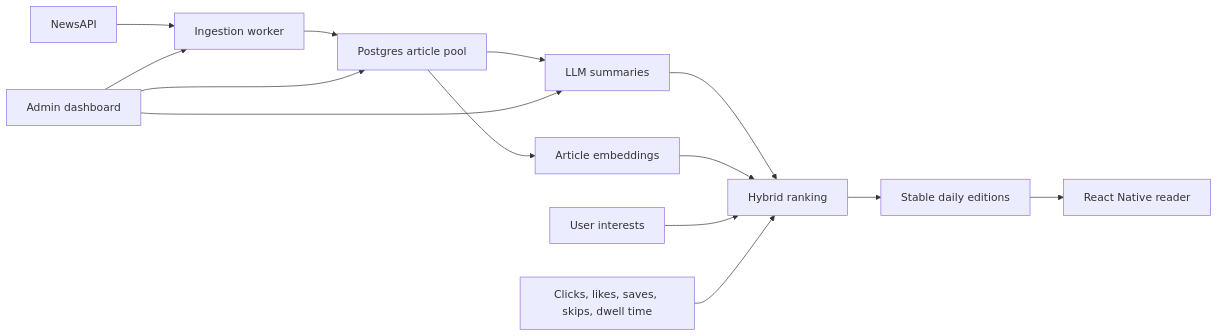
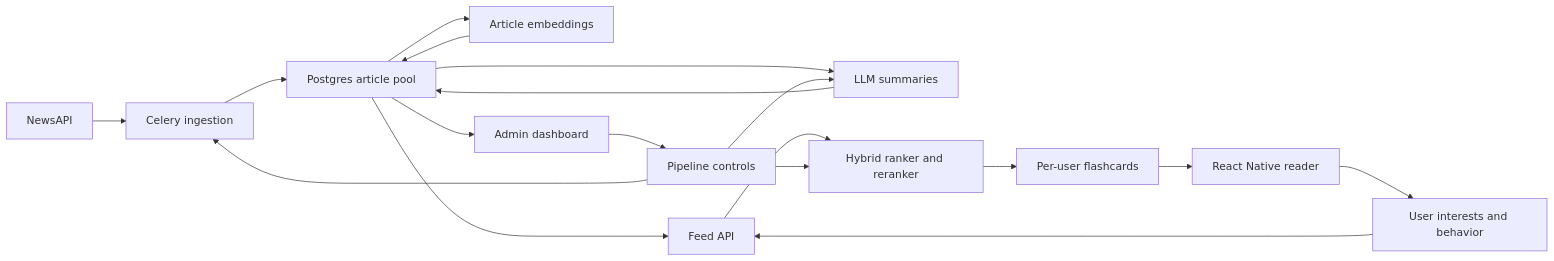
The diagram in README.md (ananyasrivastav12/news), drawn with Mermaid before and after one commit. The commit also changed other lines of this file and 3 other files, not shown here.

````diff
--- a/README.md
+++ b/README.md
@@ -66,16 +64,20 @@
 ```mermaid
 flowchart LR
-  A["NewsAPI"] --> B["Ingestion worker"]
+  A["NewsAPI"] --> B["Celery ingestion"]
   B --> C["Postgres article pool"]
   C --> D["LLM summaries"]
   C --> E["Article embeddings"]
-  D --> F["Hybrid ranking"]
-  E --> F
-  G["User interests"] --> F
-  H["Clicks, likes, saves, skips, dwell time"] --> F
-  F --> I["Stable daily editions"]
+  D --> C
+  E --> C
+  C --> F["Feed API"]
+  G["User interests and behavior"] --> F
+  F --> H["Hybrid ranker and reranker"]
+  H --> I["Per-user flashcards"]
   I --> J["React Native reader"]
-  K["Admin dashboard"] --> B
-  K --> D
-  K --> C
+  J --> G
+  C --> K["Admin dashboard"]
+  K --> L["Pipeline controls"]
+  L --> B
+  L --> D
+  L --> H
 ```
````
